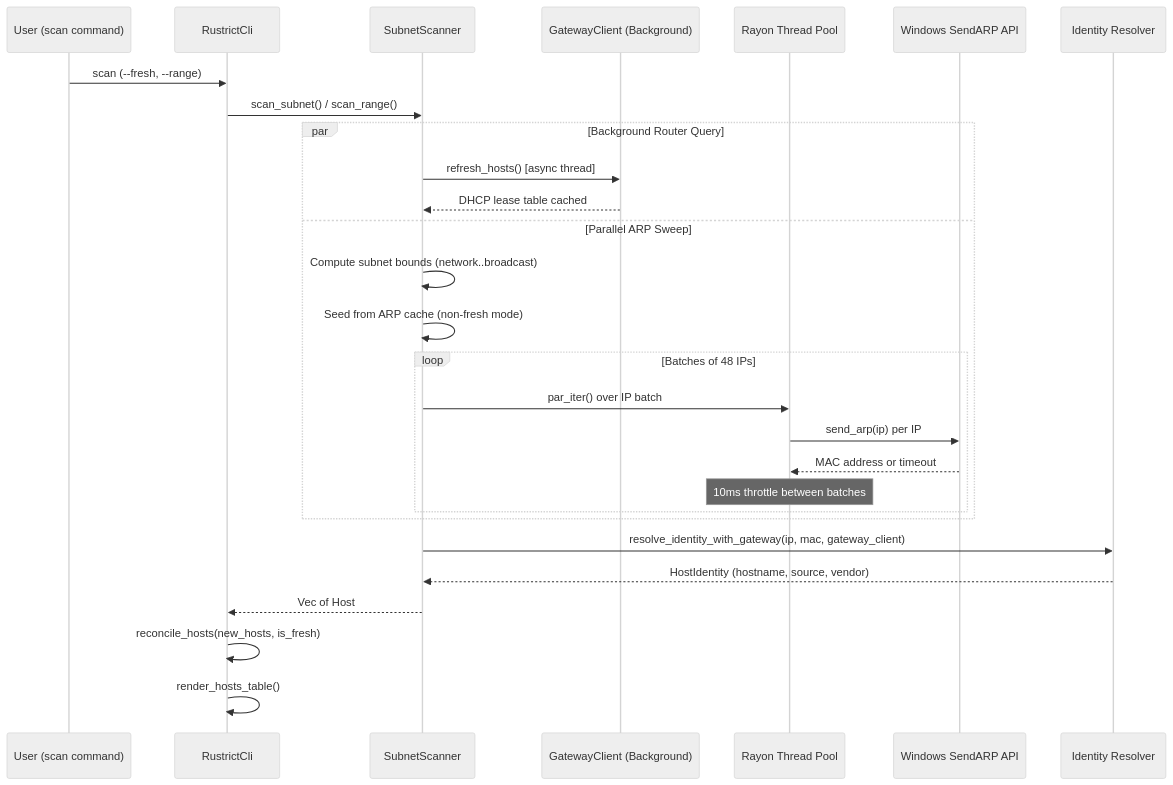
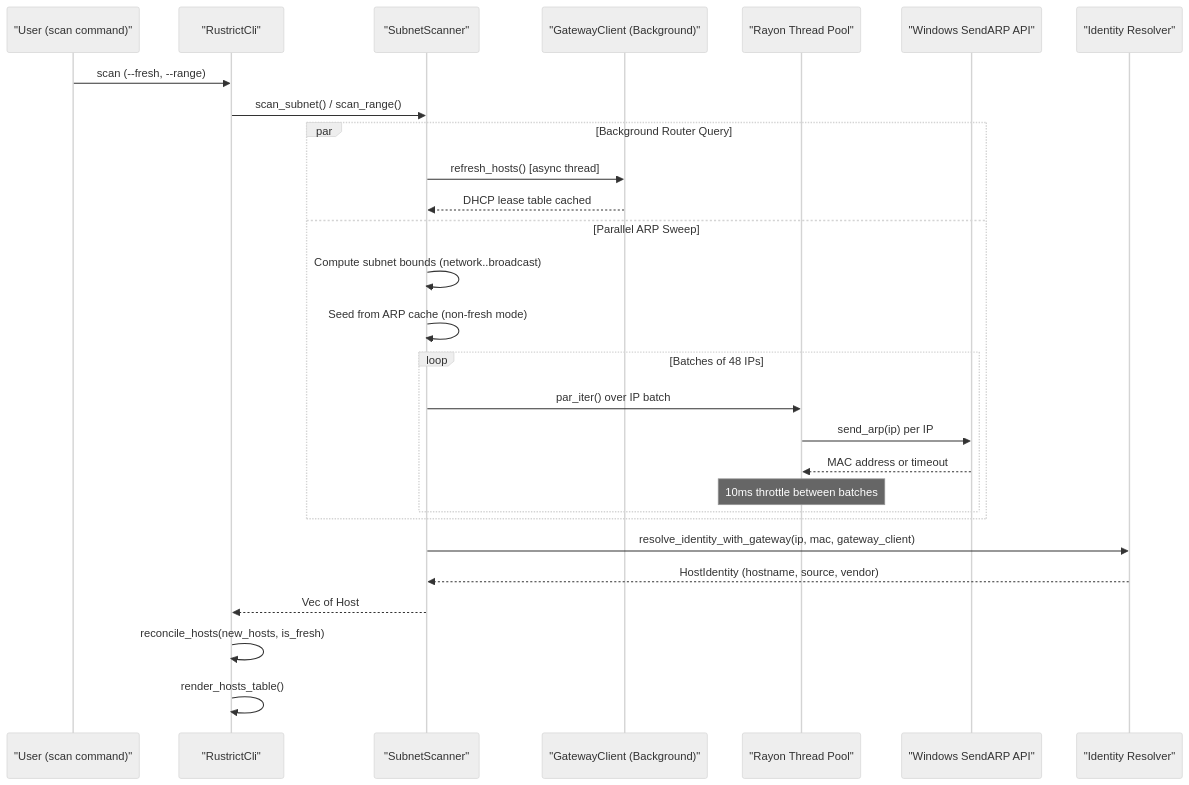
One commit to Neutron-0/Rustrict changed the third of 14 diagrams in README.md. Above: the diagram before and after it, drawn with Mermaid (neutral theme). The commit also changed other lines of this file and 1 other file, not shown here.

First line of the commit message:
docs(readme,changelog): fix Mermaid diagram syntax and document L2 blackholing

````diff
--- a/README.md
+++ b/README.md
@@ -237,33 +237,33 @@
 ```mermaid
 sequenceDiagram
-    participant User as User (scan command)
-    participant CLI as RustrictCli
-    participant Scanner as SubnetScanner
-    participant GW as GatewayClient (Background)
-    participant Rayon as Rayon Thread Pool
-    participant Kernel as Windows SendARP API
-    participant Resolver as Identity Resolver
+    participant User as "User (scan command)"
+    participant CLI as "RustrictCli"
+    participant Scanner as "SubnetScanner"
+    participant GW as "GatewayClient (Background)"
+    participant Rayon as "Rayon Thread Pool"
+    participant Kernel as "Windows SendARP API"
+    participant Resolver as "Identity Resolver"
 
     User->>CLI: scan (--fresh, --range)
     CLI->>Scanner: scan_subnet() / scan_range()
 
     par Background Router Query
         Scanner->>GW: refresh_hosts() [async thread]
         GW-->>Scanner: DHCP lease table cached
     and Parallel ARP Sweep
         Scanner->>Scanner: Compute subnet bounds (network..broadcast)
         Scanner->>Scanner: Seed from ARP cache (non-fresh mode)
         loop Batches of 48 IPs
             Scanner->>Rayon: par_iter() over IP batch
             Rayon->>Kernel: send_arp(ip) per IP
             Kernel-->>Rayon: MAC address or timeout
             Note over Rayon: 10ms throttle between batches
         end
     end
 
     Scanner->>Resolver: resolve_identity_with_gateway(ip, mac, gateway_client)
     Resolver-->>Scanner: HostIdentity (hostname, source, vendor)
     Scanner-->>CLI: Vec of Host
     CLI->>CLI: reconcile_hosts(new_hosts, is_fresh)
     CLI->>CLI: render_hosts_table()
 ```
````
